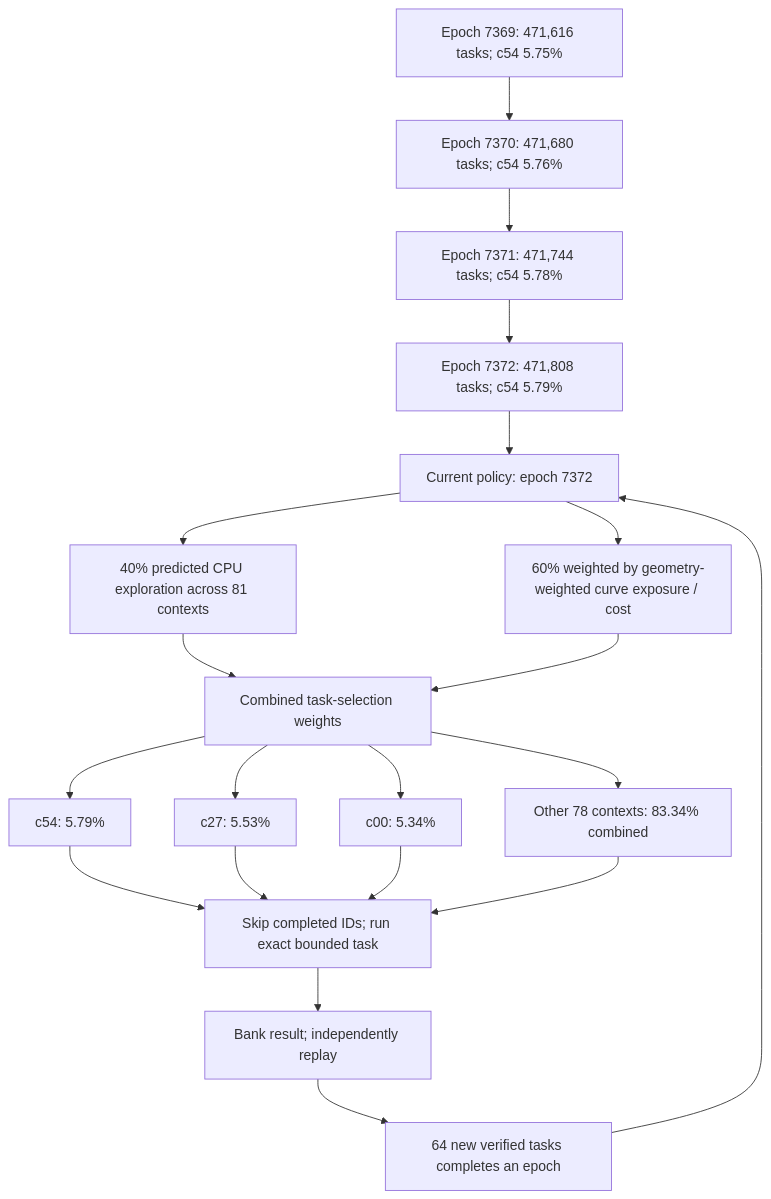
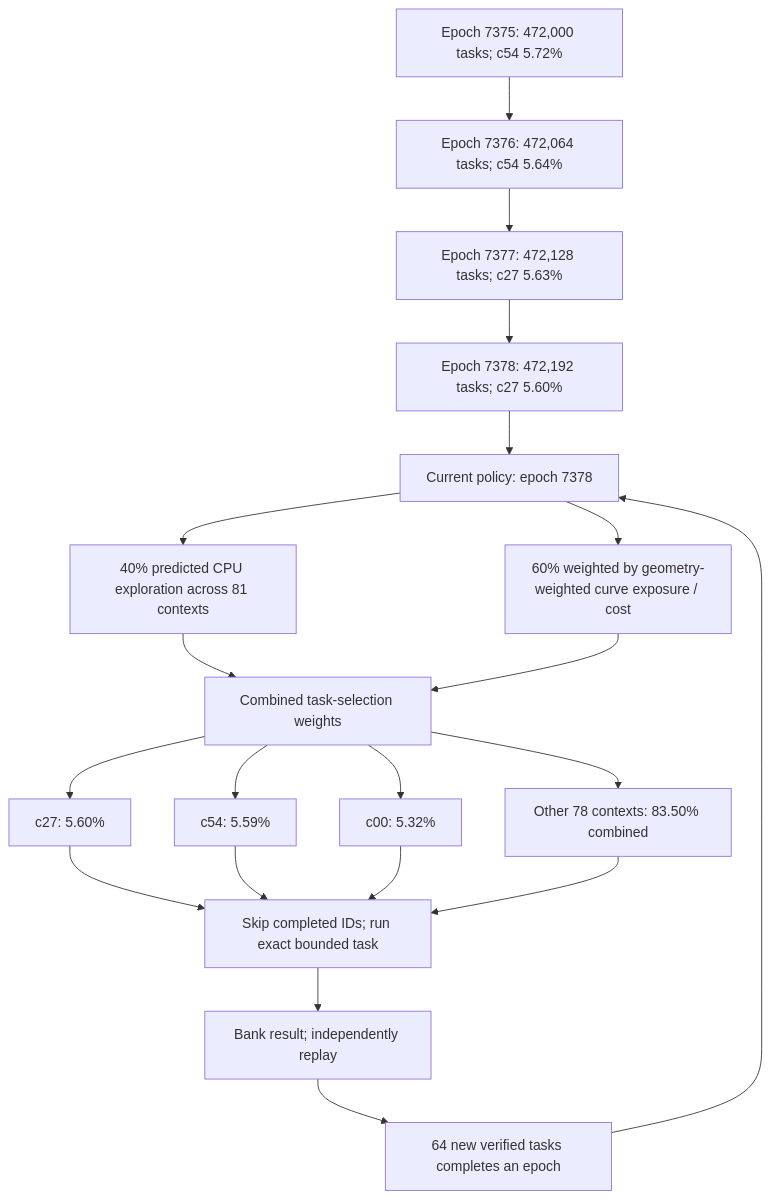
Before and after one commit to Kuberwastaken/math-gambling: the first of 4 diagrams in README.md, drawn with Mermaid. The commit also changed other lines of this file and 1438 other files, not shown here.

````diff
--- a/README.md
+++ b/README.md
@@ -60,27 +60,27 @@
 ```mermaid
 flowchart TD
-    H0["Epoch 7369: 471,616 tasks; c54 5.75%"]
-    H1["Epoch 7370: 471,680 tasks; c54 5.76%"]
+    H0["Epoch 7375: 472,000 tasks; c54 5.72%"]
+    H1["Epoch 7376: 472,064 tasks; c54 5.64%"]
     H0 --> H1
-    H2["Epoch 7371: 471,744 tasks; c54 5.78%"]
+    H2["Epoch 7377: 472,128 tasks; c27 5.63%"]
     H1 --> H2
-    H3["Epoch 7372: 471,808 tasks; c54 5.79%"]
+    H3["Epoch 7378: 472,192 tasks; c27 5.60%"]
     H2 --> H3
-    Policy["Current policy: epoch 7372"]
+    Policy["Current policy: epoch 7378"]
     H3 --> Policy
     Policy --> Explore["40% predicted CPU exploration across 81 contexts"]
     Policy --> Cost["60% weighted by geometry-weighted curve exposure / cost"]
     Explore --> Mix["Combined task-selection weights"]
     Cost --> Mix
-    Mix --> C0["c54: 5.79%"]
-    Mix --> C1["c27: 5.53%"]
-    Mix --> C2["c00: 5.34%"]
-    Mix --> Rest["Other 78 contexts: 83.34% combined"]
+    Mix --> C0["c27: 5.60%"]
+    Mix --> C1["c54: 5.59%"]
+    Mix --> C2["c00: 5.32%"]
+    Mix --> Rest["Other 78 contexts: 83.50% combined"]
     C0 --> Check["Skip completed IDs; run exact bounded task"]
     C1 --> Check
     C2 --> Check
     Rest --> Check
     Check --> Replay["Bank result; independently replay"]
     Replay --> Gate["64 new verified tasks completes an epoch"]
     Gate --> Policy
 ```
````
